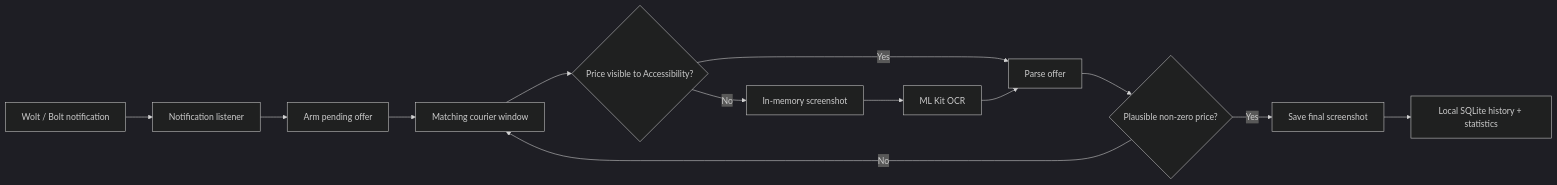
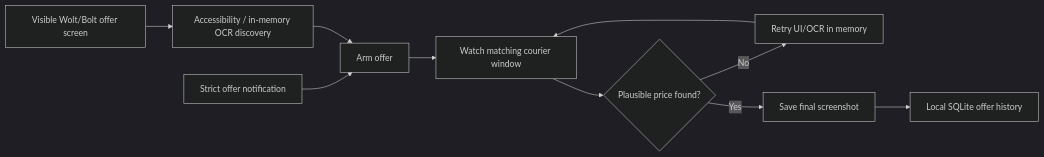
Before and after one commit to Bl0ck154/CourierPilot: the diagram in README.md, drawn with Mermaid (dark theme). The commit also changed other lines of this file and 15 other files, not shown here.

First line of the commit message:
CourierPilot 0.7.0: automatic presence, screen offers and building codes

````diff
--- a/README.md
+++ b/README.md
@@ -117,15 +48,12 @@
 ```mermaid
 flowchart LR
-    A[Wolt / Bolt notification] --> B[Notification listener]
-    B --> C[Arm pending offer]
-    C --> D[Matching courier window]
-    D --> E{Price visible to Accessibility?}
-    E -- Yes --> H[Parse offer]
-    E -- No --> F[In-memory screenshot]
-    F --> G[ML Kit OCR]
-    G --> H
-    H --> I{Plausible non-zero price?}
-    I -- No --> D
-    I -- Yes --> J[Save final screenshot]
-    J --> K[Local SQLite history + statistics]
+    A[Strict offer notification] --> C[Arm offer]
+    B[Visible Wolt/Bolt offer screen] --> D[Accessibility / in-memory OCR discovery]
+    D --> C
+    C --> E[Watch matching courier window]
+    E --> F{Plausible price found?}
+    F -- No --> G[Retry UI/OCR in memory]
+    G --> E
+    F -- Yes --> H[Save final screenshot]
+    H --> I[Local SQLite offer history]
 ```
````
